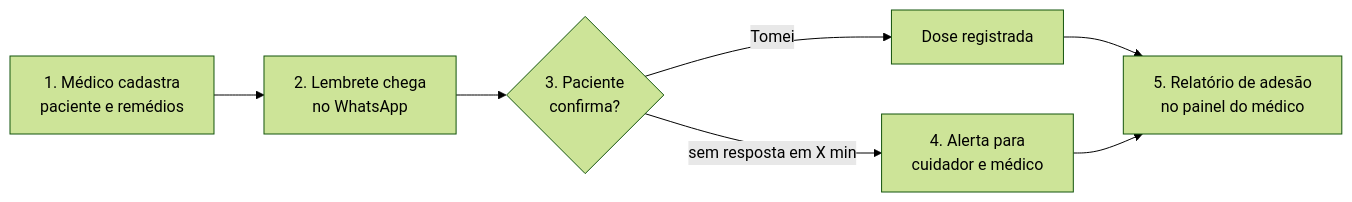
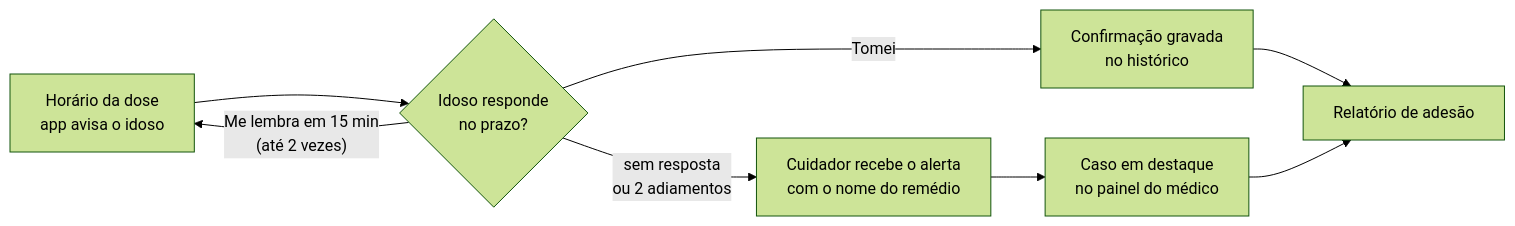
Before and after one commit to JulliaFernandes/CuidarMais: the first of 2 diagrams in README.md, drawn with Mermaid (forest theme). The commit also changed other lines of this file and 3 other files, not shown here.

````diff
--- a/README.md
+++ b/README.md
@@ -49,9 +72,10 @@
 ```mermaid
 flowchart LR
-    A[1. Médico cadastra<br/>paciente e remédios] --> B[2. Lembrete chega<br/>no WhatsApp]
-    B --> C{3. Paciente<br/>confirma?}
-    C -- "Tomei" --> D[Dose registrada]
-    C -- "sem resposta em X min" --> E[4. Alerta para<br/>cuidador e médico]
-    D --> F[5. Relatório de adesão<br/>no painel do médico]
+    A[Horário da dose<br/>app avisa o idoso] --> B{Idoso responde<br/>no prazo?}
+    B -- "Me lembra em 15 min<br/>(até 2 vezes)" --> A
+    B -- Tomei --> C[Confirmação gravada<br/>no histórico]
+    B -- "sem resposta<br/>ou 2 adiamentos" --> D[Cuidador recebe o alerta<br/>com o nome do remédio]
+    D --> E[Caso em destaque<br/>no painel do médico]
+    C --> F[Relatório de adesão]
     E --> F
 ```
````
